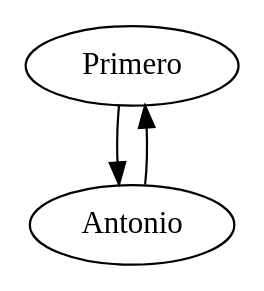
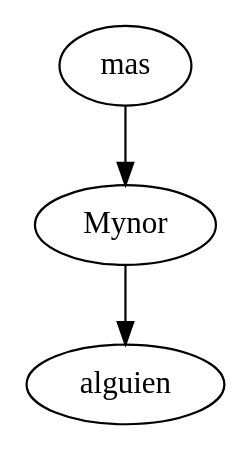
One commit to Mynor16/Practica1s12017_201213197 changed the diagram in src/PLCircular/GraficaListaCircular.dot. Above: the diagram before and after it, drawn with Graphviz. The commit also changed 15 other files, not shown here.

```diff
--- a/src/PLCircular/GraficaListaCircular.dot
+++ b/src/PLCircular/GraficaListaCircular.dot
@@ -1,6 +1,6 @@
 digraph G 
- {Primero;
-Antonio;
-Primero->Antonio;
-Antonio->Primero;
+ {Mynor;
+alguien mas;
+Mynor->alguien mas;
+alguien mas->Mynor;
 }
```
